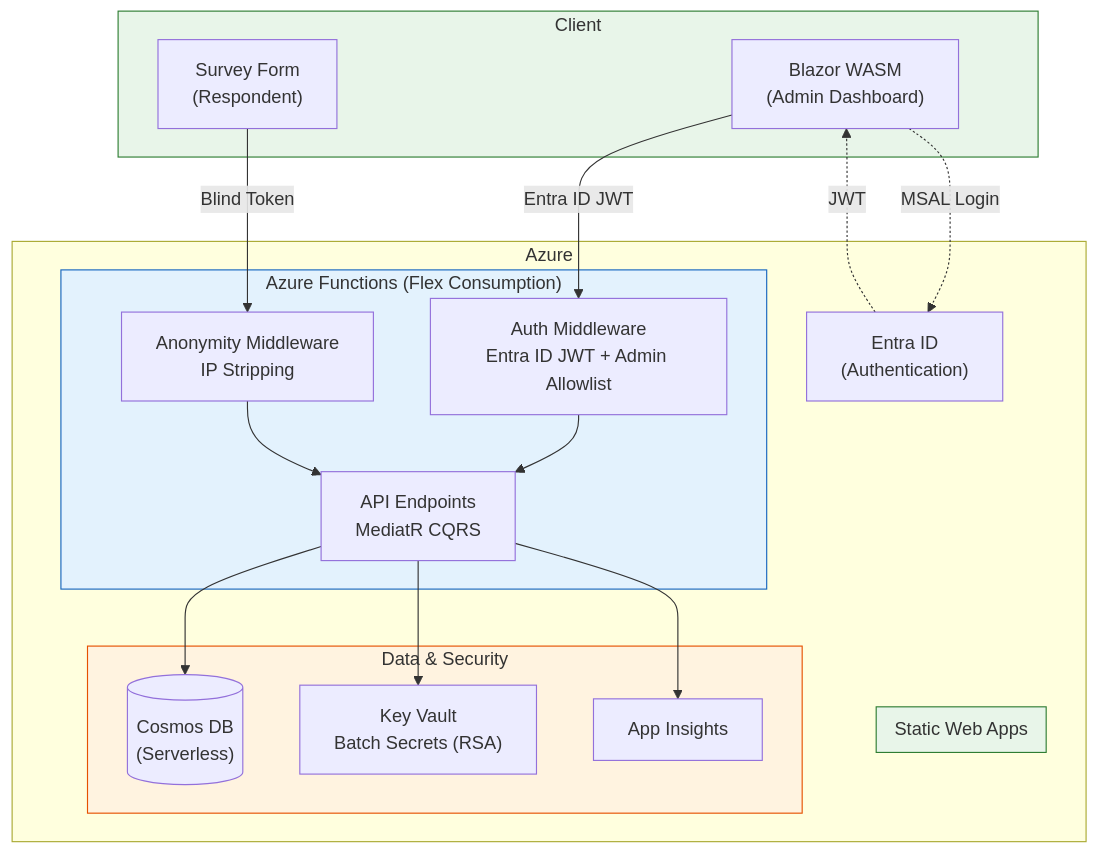
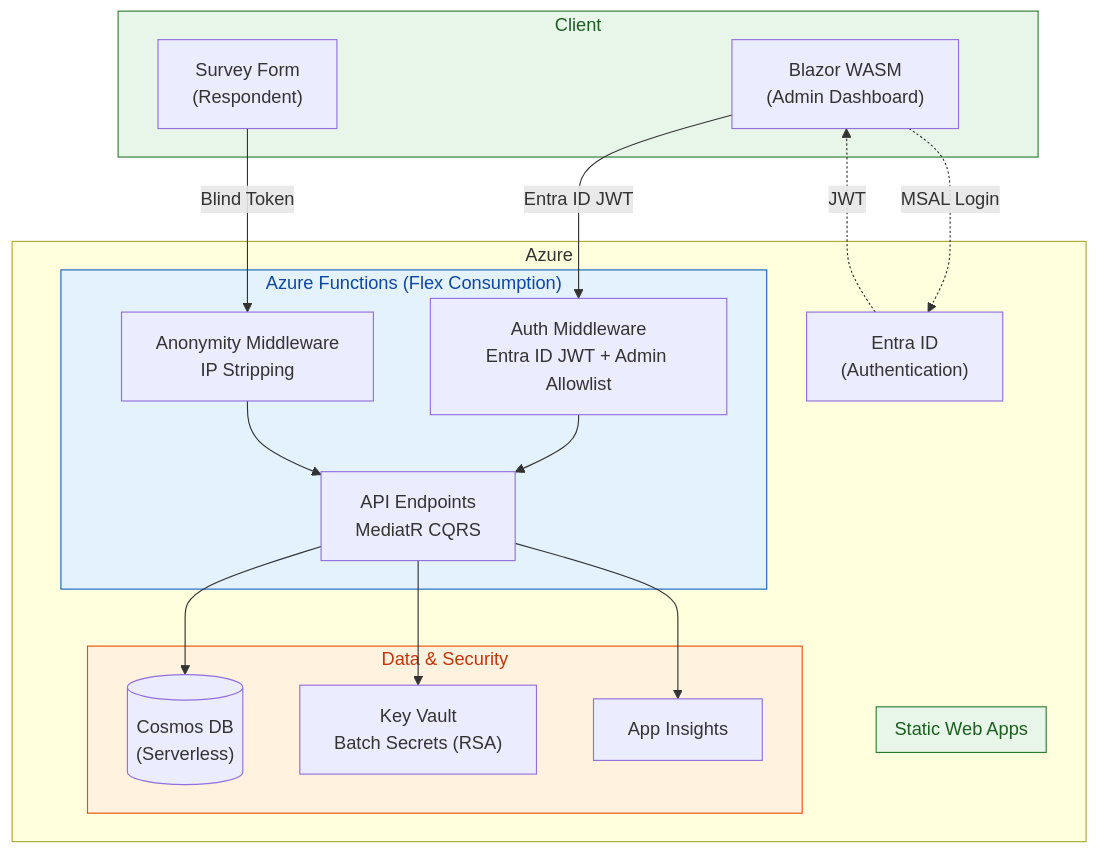
One commit to asachs/candour changed the diagram in README.md. Above: the diagram before and after it, drawn with Mermaid. The commit also changed 56 other files, not shown here.

````diff
--- a/README.md
+++ b/README.md
@@ -37,43 +37,43 @@
 ```mermaid
 flowchart TB
     subgraph Client["Client"]
         BW["Blazor WASM<br/>(Admin Dashboard)"]
         RF["Survey Form<br/>(Respondent)"]
     end
 
     subgraph Azure["Azure"]
         subgraph SWA["Static Web Apps"]
             BW
             RF
         end
 
         subgraph Functions["Azure Functions (Flex Consumption)"]
             AUTH["Auth Middleware<br/>Entra ID JWT + Admin Allowlist"]
             ANON["Anonymity Middleware<br/>IP Stripping"]
             API["API Endpoints<br/>MediatR CQRS"]
         end
 
         subgraph Data["Data & Security"]
             COSMOS[("Cosmos DB<br/>(Serverless)")]
             KV["Key Vault<br/>Batch Secrets (RSA)"]
             AI["App Insights"]
         end
 
         ENTRA["Entra ID<br/>(Authentication)"]
     end
 
     BW -->|"Entra ID JWT"| AUTH
     RF -->|"Blind Token"| ANON
     AUTH --> API
     ANON --> API
     API --> COSMOS
     API --> KV
     API --> AI
     BW -.->|"MSAL Login"| ENTRA
     ENTRA -.->|"JWT"| BW
 
-    style Client fill:#e8f5e9,stroke:#2e7d32
-    style Functions fill:#e3f2fd,stroke:#1565c0
-    style Data fill:#fff3e0,stroke:#e65100
-    style SWA fill:#e8f5e9,stroke:#2e7d32
+    style Client fill:#e8f5e9,stroke:#2e7d32,color:#1b5e20
+    style Functions fill:#e3f2fd,stroke:#1565c0,color:#0d47a1
+    style Data fill:#fff3e0,stroke:#e65100,color:#bf360c
+    style SWA fill:#e8f5e9,stroke:#2e7d32,color:#1b5e20
 ```
````
